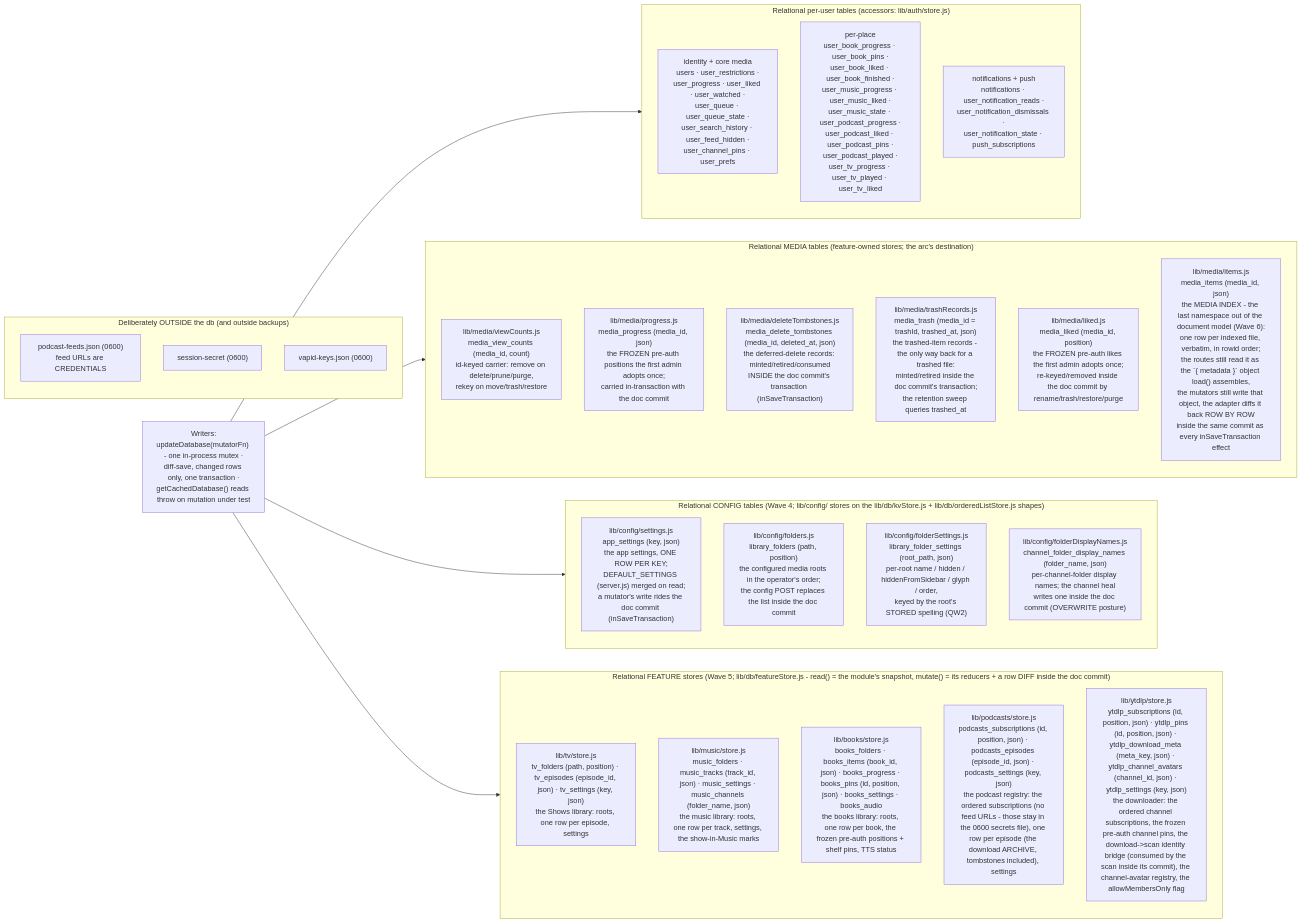
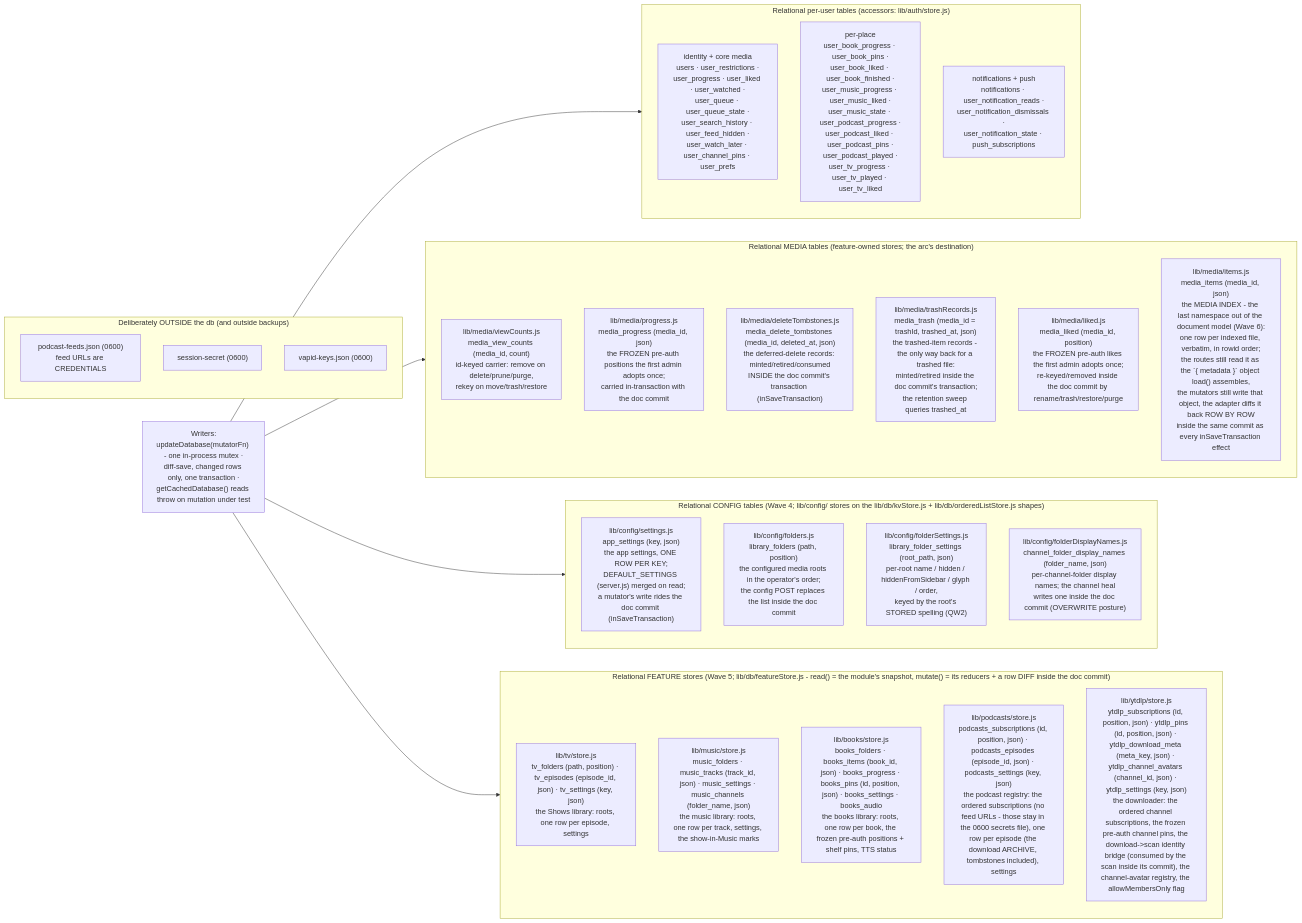
One commit to dtammam/filetube changed the second of 6 diagrams in docs/DIAGRAMS.md. Above: the diagram before and after it, drawn with Mermaid. The commit also changed other lines of this file and 37 other files, not shown here.

````diff
--- a/docs/DIAGRAMS.md
+++ b/docs/DIAGRAMS.md
@@ -106,45 +106,45 @@
 ```mermaid
 flowchart LR
     subgraph REL["Relational per-user tables (accessors: lib/auth/store.js)"]
-        CORE["identity + core media<br/>users · user_restrictions ·<br/>user_progress · user_liked · user_watched ·<br/>user_queue · user_queue_state ·<br/>user_search_history · user_feed_hidden ·<br/>user_channel_pins · user_prefs"]
+        CORE["identity + core media<br/>users · user_restrictions ·<br/>user_progress · user_liked · user_watched ·<br/>user_queue · user_queue_state ·<br/>user_search_history · user_feed_hidden ·<br/>user_watch_later · user_channel_pins · user_prefs"]
         PLACEST["per-place<br/>user_book_progress · user_book_pins ·<br/>user_book_liked · user_book_finished ·<br/>user_music_progress · user_music_liked ·<br/>user_music_state · user_podcast_progress ·<br/>user_podcast_liked · user_podcast_pins ·<br/>user_podcast_played ·<br/>user_tv_progress · user_tv_played · user_tv_liked"]
         NOTIF["notifications + push<br/>notifications · user_notification_reads ·<br/>user_notification_dismissals ·<br/>user_notification_state · push_subscriptions"]
     end
 
     subgraph MEDIA["Relational MEDIA tables (feature-owned stores; the arc's destination)"]
         VC["lib/media/viewCounts.js<br/>media_view_counts (media_id, count)<br/>id-keyed carrier: remove on delete/prune/purge,<br/>rekey on move/trash/restore"]
         PR["lib/media/progress.js<br/>media_progress (media_id, json)<br/>the FROZEN pre-auth positions the first admin adopts once;<br/>carried in-transaction with the doc commit"]
         DT["lib/media/deleteTombstones.js<br/>media_delete_tombstones (media_id, deleted_at, json)<br/>the deferred-delete records: minted/retired/consumed<br/>INSIDE the doc commit's transaction (inSaveTransaction)"]
         TR["lib/media/trashRecords.js<br/>media_trash (media_id = trashId, trashed_at, json)<br/>the trashed-item records - the only way back for a trashed file:<br/>minted/retired inside the doc commit's transaction;<br/>the retention sweep queries trashed_at"]
         LK["lib/media/liked.js<br/>media_liked (media_id, position)<br/>the FROZEN pre-auth likes the first admin adopts once;<br/>re-keyed/removed inside the doc commit by rename/trash/restore/purge"]
         MI["lib/media/items.js<br/>media_items (media_id, json)<br/>the MEDIA INDEX - the last namespace out of the document model (Wave 6):<br/>one row per indexed file, verbatim, in rowid order;<br/>the routes still read it as the `{ metadata }` object load() assembles,<br/>the mutators still write that object, the adapter diffs it back ROW BY ROW<br/>inside the same commit as every inSaveTransaction effect"]
     end
 
     subgraph CONFIG["Relational CONFIG tables (Wave 4; lib/config/ stores on the lib/db/kvStore.js + lib/db/orderedListStore.js shapes)"]
         ST["lib/config/settings.js<br/>app_settings (key, json)<br/>the app settings, ONE ROW PER KEY;<br/>DEFAULT_SETTINGS (server.js) merged on read;<br/>a mutator's write rides the doc commit (inSaveTransaction)"]
         FO["lib/config/folders.js<br/>library_folders (path, position)<br/>the configured media roots in the operator's order;<br/>the config POST replaces the list inside the doc commit"]
         FS["lib/config/folderSettings.js<br/>library_folder_settings (root_path, json)<br/>per-root name / hidden / hiddenFromSidebar / glyph / order,<br/>keyed by the root's STORED spelling (QW2)"]
         FD["lib/config/folderDisplayNames.js<br/>channel_folder_display_names (folder_name, json)<br/>per-channel-folder display names; the channel heal<br/>writes one inside the doc commit (OVERWRITE posture)"]
     end
 
     subgraph FEATURES["Relational FEATURE stores (Wave 5; lib/db/featureStore.js - read() = the module's snapshot, mutate() = its reducers + a row DIFF inside the doc commit)"]
         TV["lib/tv/store.js<br/>tv_folders (path, position) · tv_episodes (episode_id, json) · tv_settings (key, json)<br/>the Shows library: roots, one row per episode, settings"]
         MU["lib/music/store.js<br/>music_folders · music_tracks (track_id, json) · music_settings · music_channels (folder_name, json)<br/>the music library: roots, one row per track, settings, the show-in-Music marks"]
         BK["lib/books/store.js<br/>books_folders · books_items (book_id, json) · books_progress · books_pins (id, position, json) · books_settings · books_audio<br/>the books library: roots, one row per book, the frozen pre-auth positions + shelf pins, TTS status"]
         PC["lib/podcasts/store.js<br/>podcasts_subscriptions (id, position, json) · podcasts_episodes (episode_id, json) · podcasts_settings (key, json)<br/>the podcast registry: the ordered subscriptions (no feed URLs - those stay in the 0600 secrets file), one row per episode (the download ARCHIVE, tombstones included), settings"]
         YT["lib/ytdlp/store.js<br/>ytdlp_subscriptions (id, position, json) · ytdlp_pins (id, position, json) · ytdlp_download_meta (meta_key, json) · ytdlp_channel_avatars (channel_id, json) · ytdlp_settings (key, json)<br/>the downloader: the ordered channel subscriptions, the frozen pre-auth channel pins, the download->scan identity bridge (consumed by the scan inside its commit), the channel-avatar registry, the allowMembersOnly flag"]
     end
 
     subgraph OUT["Deliberately OUTSIDE the db (and outside backups)"]
         FEEDS["podcast-feeds.json (0600)<br/>feed URLs are CREDENTIALS"]
         SS["session-secret (0600)"]
         VAPID["vapid-keys.json (0600)"]
     end
 
     WRITERS["Writers:<br/>updateDatabase(mutatorFn) - one in-process mutex ·<br/>diff-save, changed rows only, one transaction ·<br/>getCachedDatabase() reads throw on mutation under test"]
 
     WRITERS --> REL
     WRITERS --> MEDIA
     WRITERS --> CONFIG
     WRITERS --> FEATURES
 ```
````
